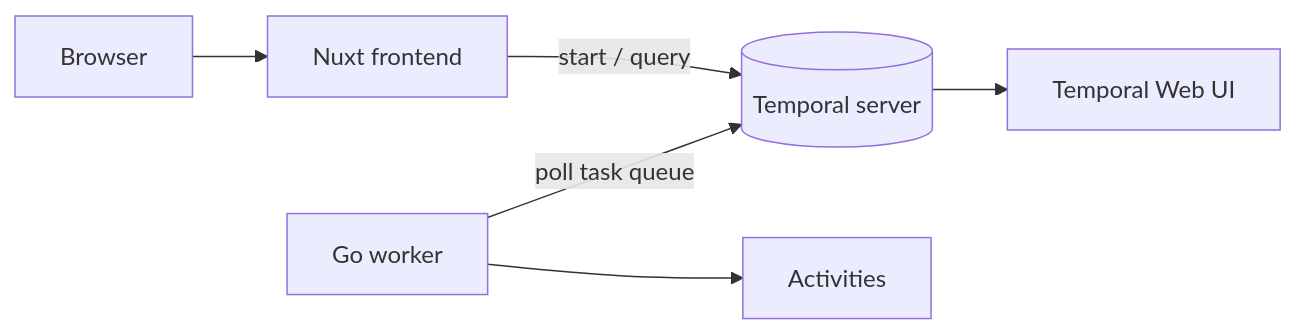
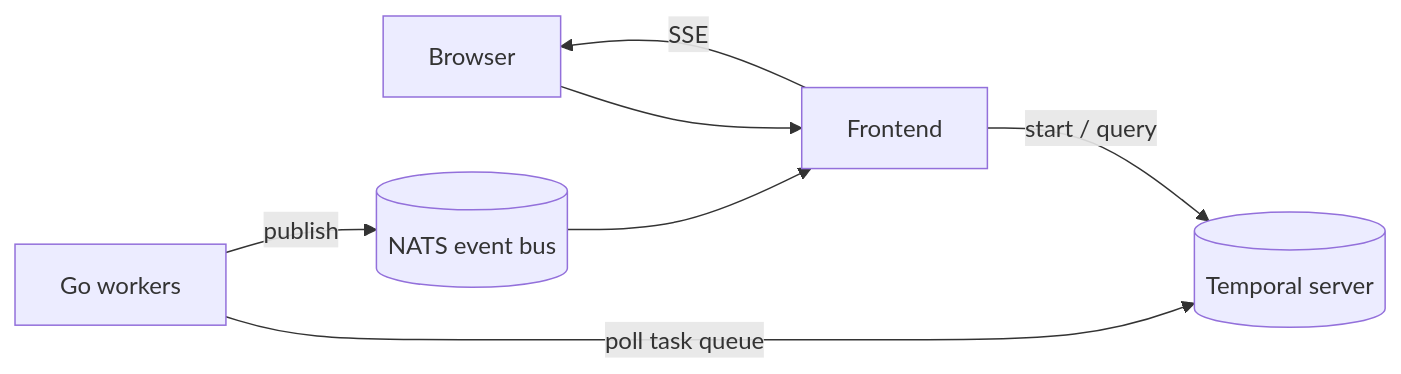
Before and after one commit to alexandreroman/temporal-patterns-in-action: the diagram in README.md, drawn with Mermaid. The commit also changed other lines of this file, not shown here.

````diff
--- a/README.md
+++ b/README.md
@@ -108,8 +64,9 @@
 ```mermaid
 graph LR
-    User[Browser] --> Nuxt[Nuxt frontend]
-    Nuxt -->|start / query| Temporal[(Temporal server)]
-    Workers[Go worker] -->|poll task queue| Temporal
-    Workers --> Activities[Activities]
-    Temporal --> UI[Temporal Web UI]
+    User[Browser] --> Frontend
+    Frontend -->|start / query| Temporal[(Temporal server)]
+    Workers[Go workers] -->|poll task queue| Temporal
+    Workers -->|publish| NATS[(NATS event bus)]
+    NATS --> Frontend
+    Frontend -->|SSE| User
 ```
````
